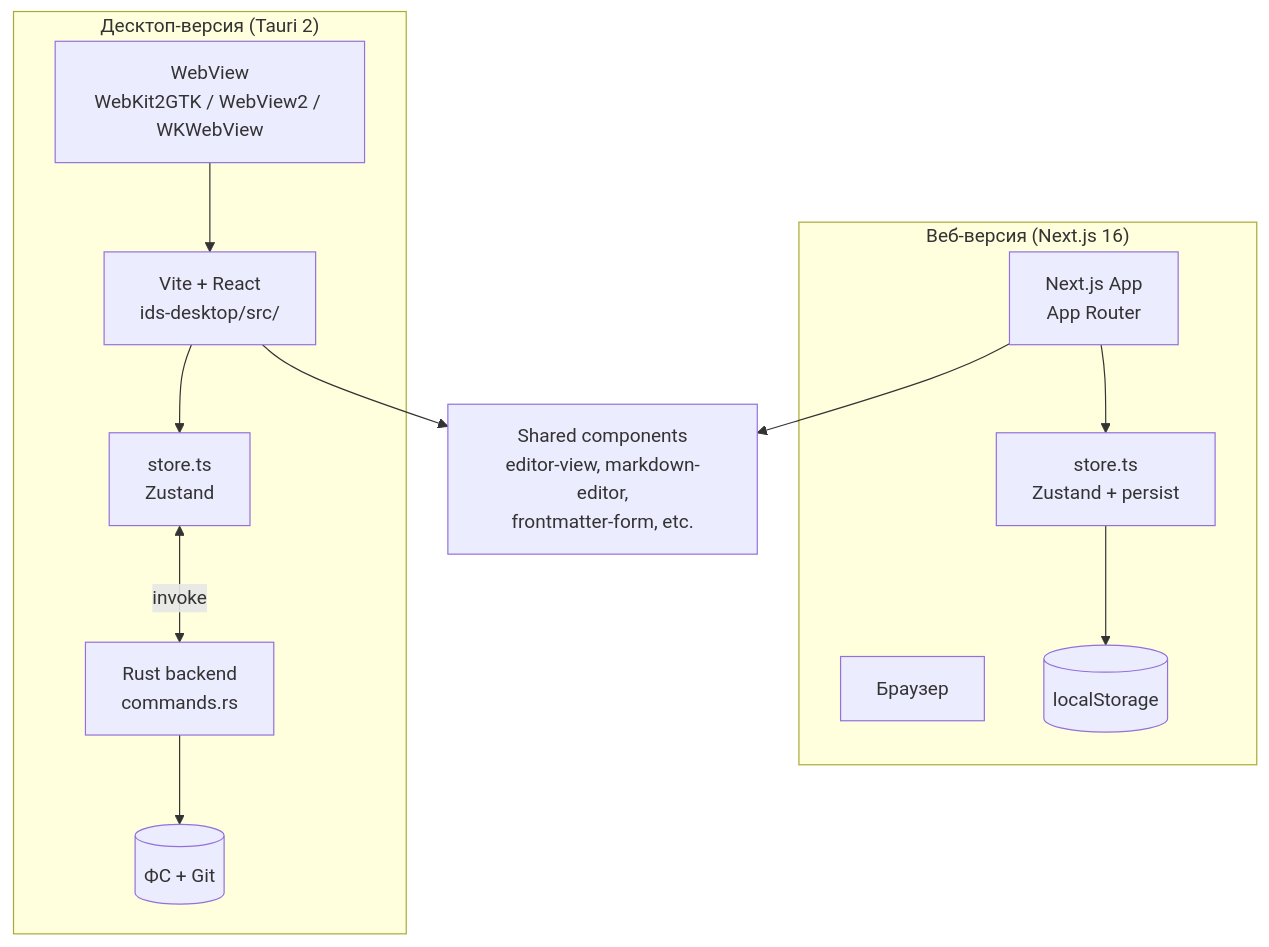
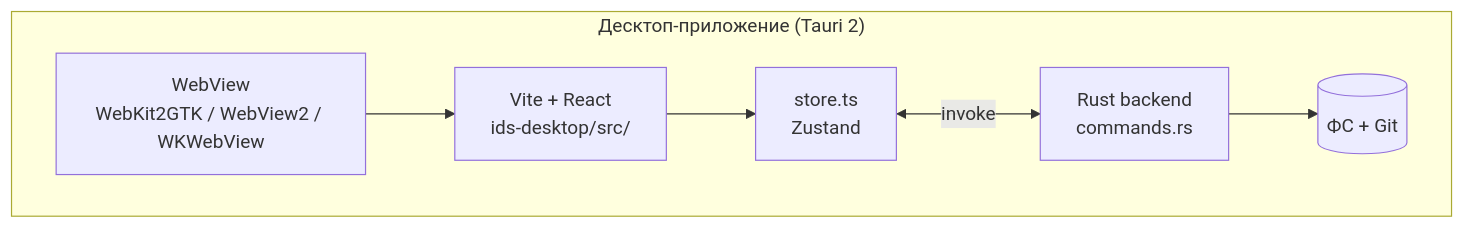
The first of 16 diagrams in ARCHITECTURE.md (artamonovav/ids), drawn with Mermaid before and after one commit. The commit also changed other lines of this file and 89 other files, not shown here.

First line of the commit message:
refactor: убрана веб-версия (Next.js), остался только десктоп (Tauri)

````diff
--- a/ARCHITECTURE.md
+++ b/ARCHITECTURE.md
@@ -26,27 +29,14 @@
 ```mermaid
 graph TB
-    subgraph "Веб-версия (Next.js 16)"
-        W_BROWSER[Браузер]
-        W_APP[Next.js App<br/>App Router]
-        W_STORE[store.ts<br/>Zustand + persist]
-        W_LS[(localStorage)]
-        W_APP --> W_STORE
-        W_STORE --> W_LS
-    end
-
-    subgraph "Десктоп-версия (Tauri 2)"
+    subgraph "Десктоп-приложение (Tauri 2)"
         D_WEBVIEW[WebView<br/>WebKit2GTK / WebView2 / WKWebView]
         D_FRONT[Vite + React<br/>ids-desktop/src/]
         D_STORE[store.ts<br/>Zustand]
         D_RUST[Rust backend<br/>commands.rs]
         D_FS[(ФС + Git)]
         D_WEBVIEW --> D_FRONT
         D_FRONT --> D_STORE
         D_STORE <-->|invoke| D_RUST
         D_RUST --> D_FS
     end
-
-    SHARED[Shared components<br/>editor-view, markdown-editor,<br/>frontmatter-form, etc.]
-    D_FRONT --> SHARED
-    W_APP --> SHARED
 ```
````
